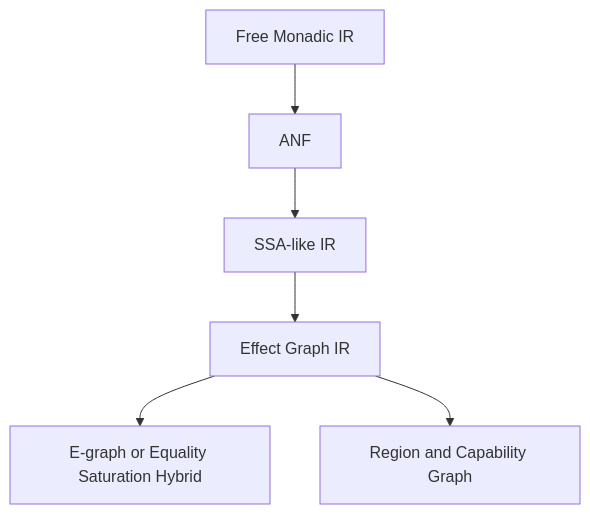
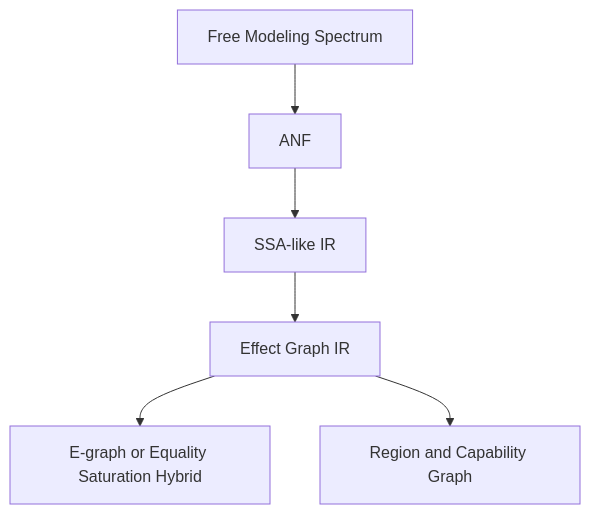
Before and after one commit to Tuee22/effectful: diagram 12 of 24 in documents/dsl/dsl_compiler_morphology.md, drawn with Mermaid. The commit also changed other lines of this file and 8 other files, not shown here.

````diff
--- a/documents/dsl/dsl_compiler_morphology.md
+++ b/documents/dsl/dsl_compiler_morphology.md
@@ -740,8 +772,8 @@
 ```mermaid
 graph TD
-    A[Free Monadic IR] --> B[ANF]
+    A[Free Modeling Spectrum] --> B[ANF]
     B --> C[SSA-like IR]
     C --> D[Effect Graph IR]
     D --> E[E-graph or Equality Saturation Hybrid]
     D --> F[Region and Capability Graph]
 ```
````
